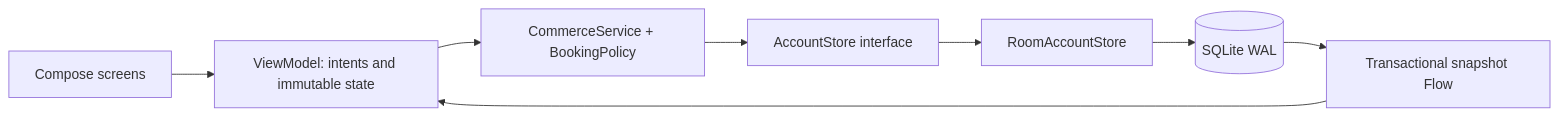
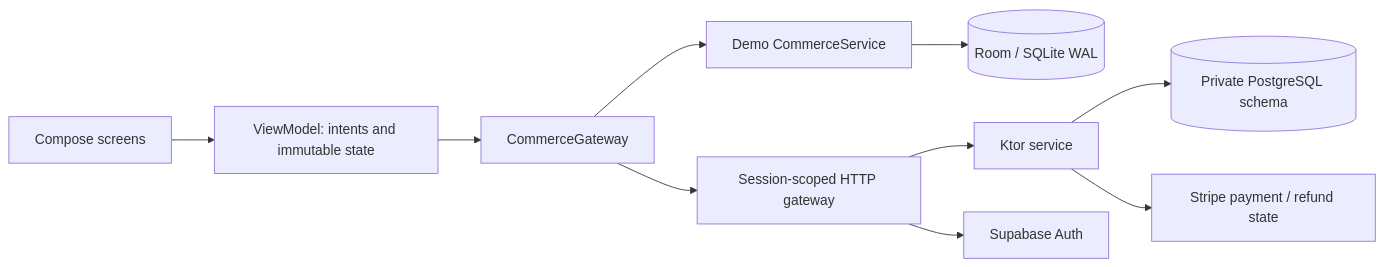
Before and after one commit to jon-jc/kotlin: the diagram in docs/architecture.md, drawn with Mermaid. The commit also changed other lines of this file and 78 other files, not shown here.

Commit message:
Build authenticated travel commerce with durable Stripe recovery

````diff
--- a/docs/architecture.md
+++ b/docs/architecture.md
@@ -7,10 +7,12 @@
 ```mermaid
 flowchart LR
   UI[Compose screens] --> VM[ViewModel: intents and immutable state]
-  VM --> Core[CommerceService + BookingPolicy]
-  Core --> Port[AccountStore interface]
-  Port --> Room[RoomAccountStore]
-  Room --> DB[(SQLite WAL)]
-  DB --> Flow[Transactional snapshot Flow]
-  Flow --> VM
+  VM --> Gateway[CommerceGateway]
+  Gateway --> Demo[Demo CommerceService]
+  Demo --> Room[(Room / SQLite WAL)]
+  Gateway --> Remote[Session-scoped HTTP gateway]
+  Remote --> Service[Ktor service]
+  Service --> PG[(Private PostgreSQL schema)]
+  Service --> Stripe[Stripe payment / refund state]
+  Remote --> Auth[Supabase Auth]
 ```
````
